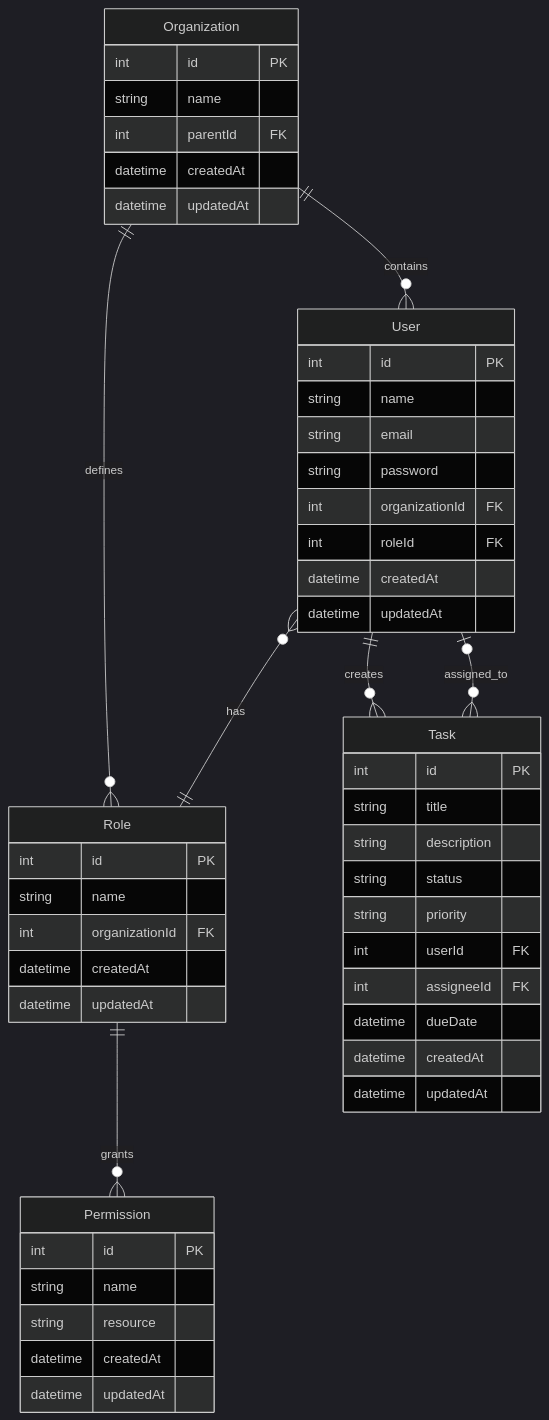
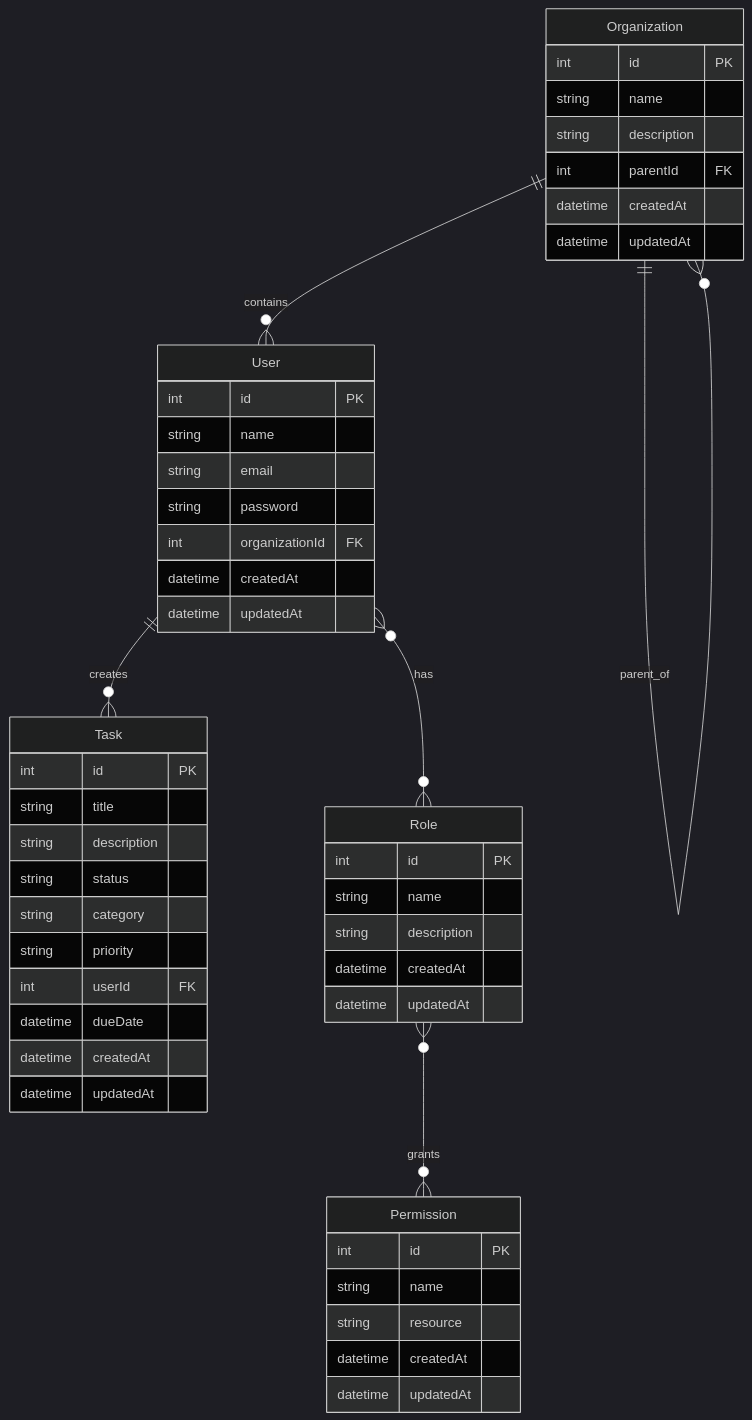
Before and after one commit to paradox42/TurboVetsProject: the diagram in README.md, drawn with Mermaid (dark theme). The commit also changed 1 other file, not shown here.

Commit message:
fix db graph

````diff
--- a/README.md
+++ b/README.md
@@ -129,57 +129,56 @@
 ```mermaid
 erDiagram
     Organization ||--o{ User : contains
-    Organization ||--o{ Role : defines
+    Organization ||--o{ Organization : parent_of
     User ||--o{ Task : creates
-    User }o--|| Role : has
-    Role ||--o{ Permission : grants
-    Task }o--o| User : assigned_to
+    User }o--o{ Role : has
+    Role }o--o{ Permission : grants
     
     Organization {
         int id PK
         string name
+        string description
         int parentId FK
         datetime createdAt
         datetime updatedAt
     }
     
     User {
         int id PK
         string name
         string email
         string password
         int organizationId FK
-        int roleId FK
         datetime createdAt
         datetime updatedAt
     }
     
     Role {
         int id PK
         string name
-        int organizationId FK
+        string description
         datetime createdAt
         datetime updatedAt
     }
     
     Permission {
         int id PK
         string name
         string resource
         datetime createdAt
         datetime updatedAt
     }
     
     Task {
         int id PK
         string title
         string description
         string status
+        string category
         string priority
         int userId FK
-        int assigneeId FK
         datetime dueDate
         datetime createdAt
         datetime updatedAt
     }
 ```
````
